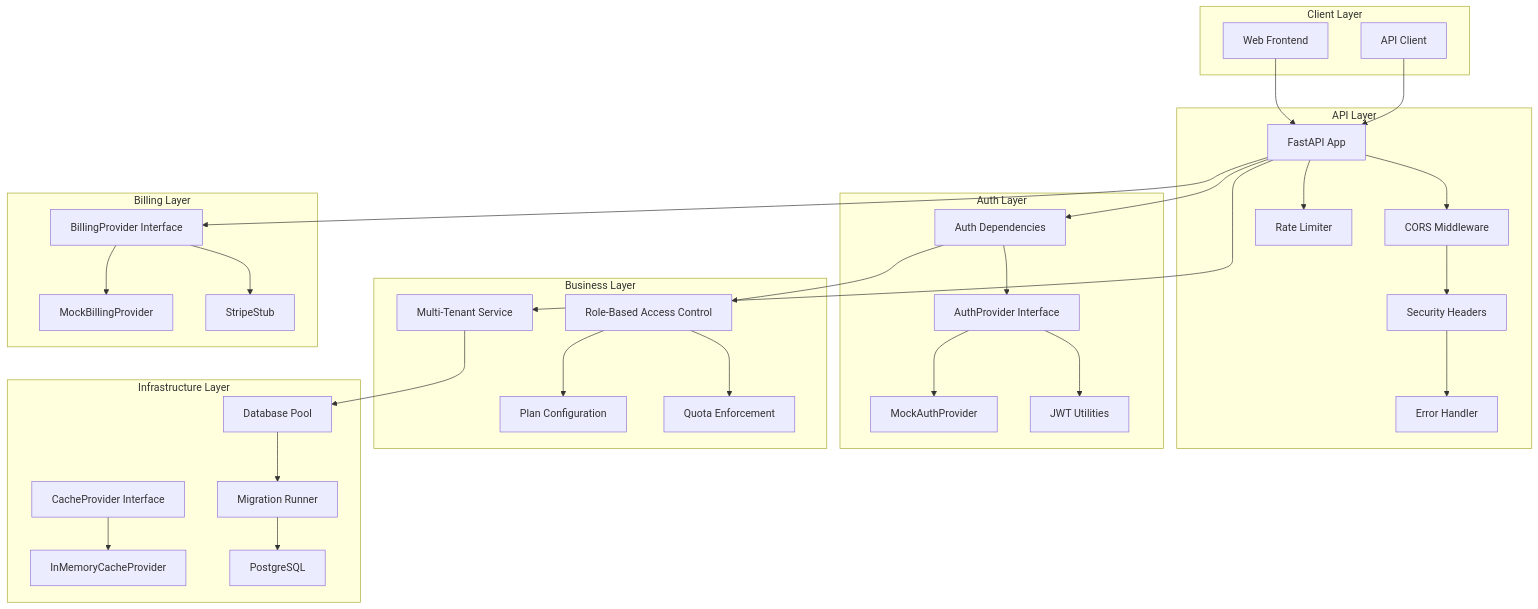
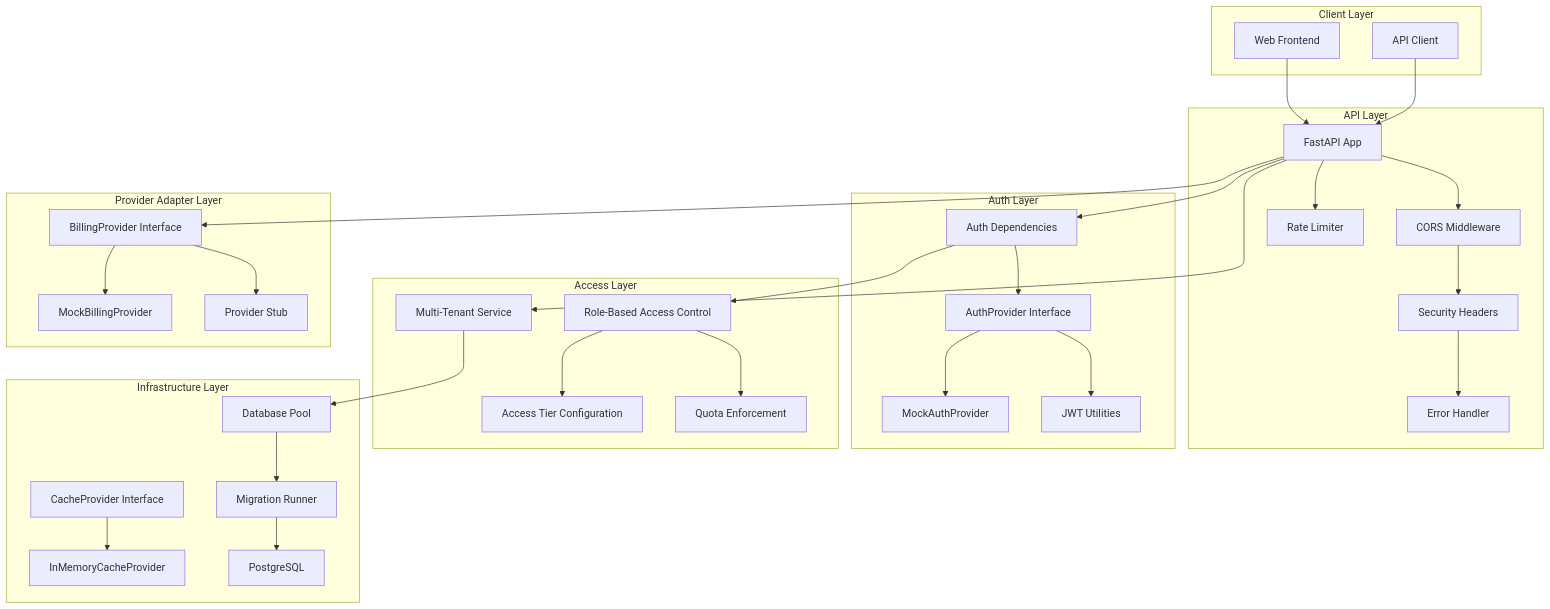
One commit to Devil-nkp/fastapi-saas-kit changed the diagram in docs/architecture.md. Above: the diagram before and after it, drawn with Mermaid. The commit also changed other lines of this file and 35 other files, not shown here.

````diff
--- a/docs/architecture.md
+++ b/docs/architecture.md
@@ -9,63 +9,63 @@
 ```mermaid
 graph TB
     subgraph "Client Layer"
         WEB["Web Frontend"]
         API_CLIENT["API Client"]
     end
 
     subgraph "API Layer"
         FASTAPI["FastAPI App"]
         MW_CORS["CORS Middleware"]
         MW_SEC["Security Headers"]
         MW_ERR["Error Handler"]
         MW_RL["Rate Limiter"]
     end
 
     subgraph "Auth Layer"
         AUTH_DEP["Auth Dependencies"]
         AUTH_IF["AuthProvider Interface"]
         MOCK_AUTH["MockAuthProvider"]
         JWT_UTIL["JWT Utilities"]
     end
 
-    subgraph "Business Layer"
+    subgraph "Access Layer"
         RBAC["Role-Based Access Control"]
-        PLANS["Plan Configuration"]
+        TIERS["Access Tier Configuration"]
         QUOTAS["Quota Enforcement"]
         TENANCY["Multi-Tenant Service"]
     end
 
-    subgraph "Billing Layer"
-        BILL_IF["BillingProvider Interface"]
-        MOCK_BILL["MockBillingProvider"]
-        STRIPE_STUB["StripeStub"]
+    subgraph "Provider Adapter Layer"
+        ACCESS_IF["BillingProvider Interface"]
+        MOCK_ACCESS["MockBillingProvider"]
+        PROVIDER_STUB["Provider Stub"]
     end
 
     subgraph "Infrastructure Layer"
         CACHE_IF["CacheProvider Interface"]
         MEM_CACHE["InMemoryCacheProvider"]
         DB_POOL["Database Pool"]
         MIGRATIONS["Migration Runner"]
         PG["PostgreSQL"]
     end
 
     WEB --> FASTAPI
     API_CLIENT --> FASTAPI
     FASTAPI --> MW_CORS --> MW_SEC --> MW_ERR
     FASTAPI --> MW_RL
     FASTAPI --> AUTH_DEP
     AUTH_DEP --> AUTH_IF
     AUTH_IF --> MOCK_AUTH
     AUTH_IF --> JWT_UTIL
     AUTH_DEP --> RBAC
-    RBAC --> PLANS
+    RBAC --> TIERS
     RBAC --> QUOTAS
     FASTAPI --> TENANCY
     TENANCY --> DB_POOL
-    FASTAPI --> BILL_IF
-    BILL_IF --> MOCK_BILL
-    BILL_IF --> STRIPE_STUB
+    FASTAPI --> ACCESS_IF
+    ACCESS_IF --> MOCK_ACCESS
+    ACCESS_IF --> PROVIDER_STUB
     DB_POOL --> MIGRATIONS
     MIGRATIONS --> PG
     CACHE_IF --> MEM_CACHE
 ```
````
